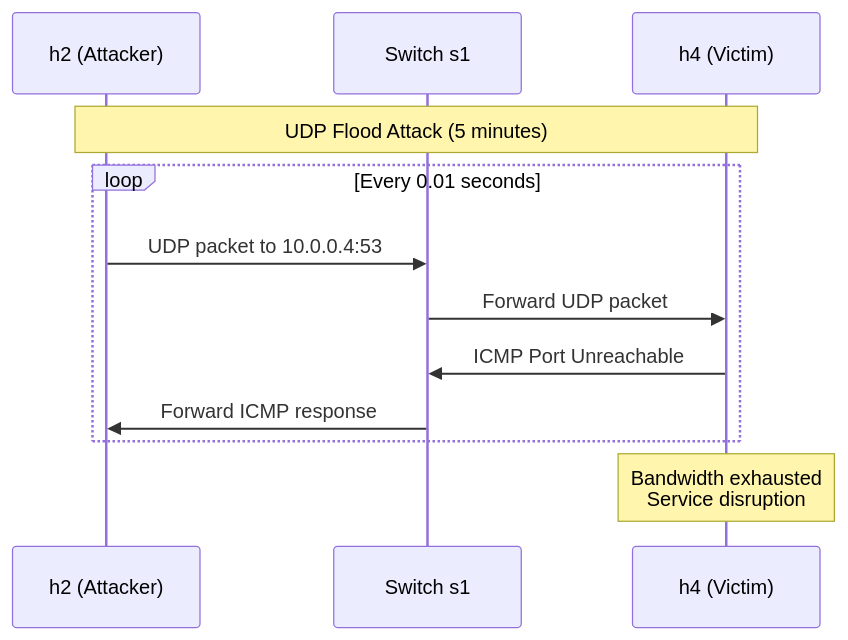
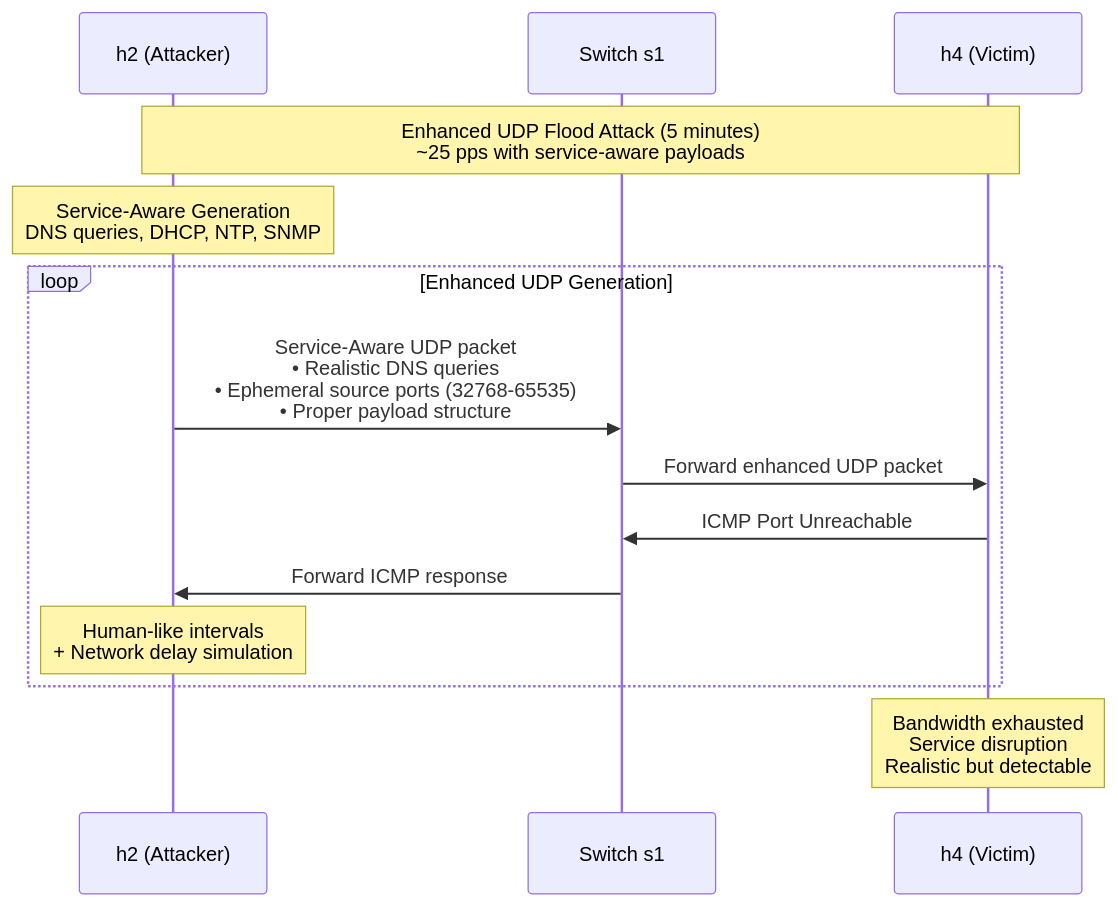
The sixth of 21 diagrams in docs/scenario.md (nqmn/adddosdn), drawn with Mermaid before and after one commit. The commit also changed other lines of this file, not shown here.

````diff
--- a/docs/scenario.md
+++ b/docs/scenario.md
@@ -125,17 +159,20 @@
 ```mermaid
 sequenceDiagram
     participant h2 as h2 (Attacker)
     participant s1 as Switch s1
     participant h4 as h4 (Victim)
     
-    Note over h2,h4: UDP Flood Attack (5 minutes)
+    Note over h2,h4: Enhanced UDP Flood Attack (5 minutes)<br/>~25 pps with service-aware payloads
     
-    loop Every 0.01 seconds
-        h2->>s1: UDP packet to 10.0.0.4:53
-        s1->>h4: Forward UDP packet
+    Note over h2: Service-Aware Generation<br/>DNS queries, DHCP, NTP, SNMP
+    
+    loop Enhanced UDP Generation
+        h2->>s1: Service-Aware UDP packet<br/>• Realistic DNS queries<br/>• Ephemeral source ports (32768-65535)<br/>• Proper payload structure
+        s1->>h4: Forward enhanced UDP packet
         h4->>s1: ICMP Port Unreachable
         s1->>h2: Forward ICMP response
+        Note over h2: Human-like intervals<br/>+ Network delay simulation
     end
     
-    Note over h4: Bandwidth exhausted<br/>Service disruption
+    Note over h4: Bandwidth exhausted<br/>Service disruption<br/>Realistic but detectable
 ```
````
